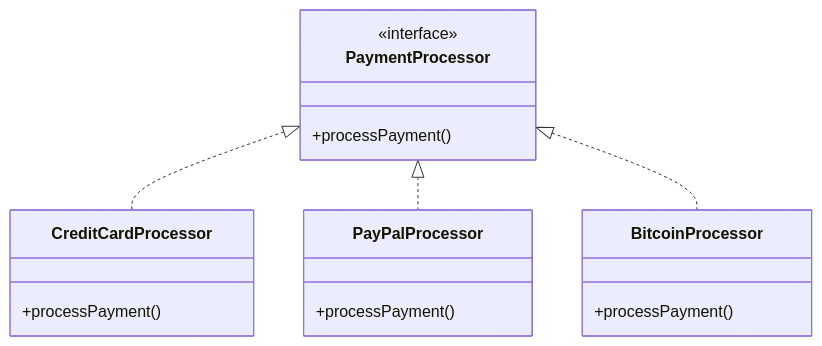
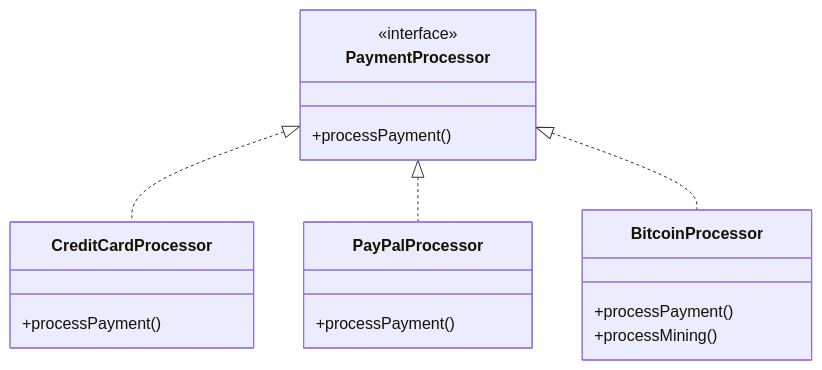
The second of 2 diagrams in solid_concepts/ocp.md (edisonzsq/solid), drawn with Mermaid before and after one commit.

Commit message:
updated ocp

````diff
--- a/solid_concepts/ocp.md
+++ b/solid_concepts/ocp.md
@@ -15,24 +15,25 @@
 ```mermaid
 classDiagram
     class PaymentProcessor {
         <<interface>>
         +processPayment()
     }
 
     class CreditCardProcessor {
         +processPayment()
     }
 
     class PayPalProcessor {
         +processPayment()
     }
 
     class BitcoinProcessor {
         +processPayment()
+        +processMining()
     }
 
     PaymentProcessor <|.. CreditCardProcessor
     PaymentProcessor <|.. PayPalProcessor
     PaymentProcessor <|.. BitcoinProcessor
 
 ```
````
